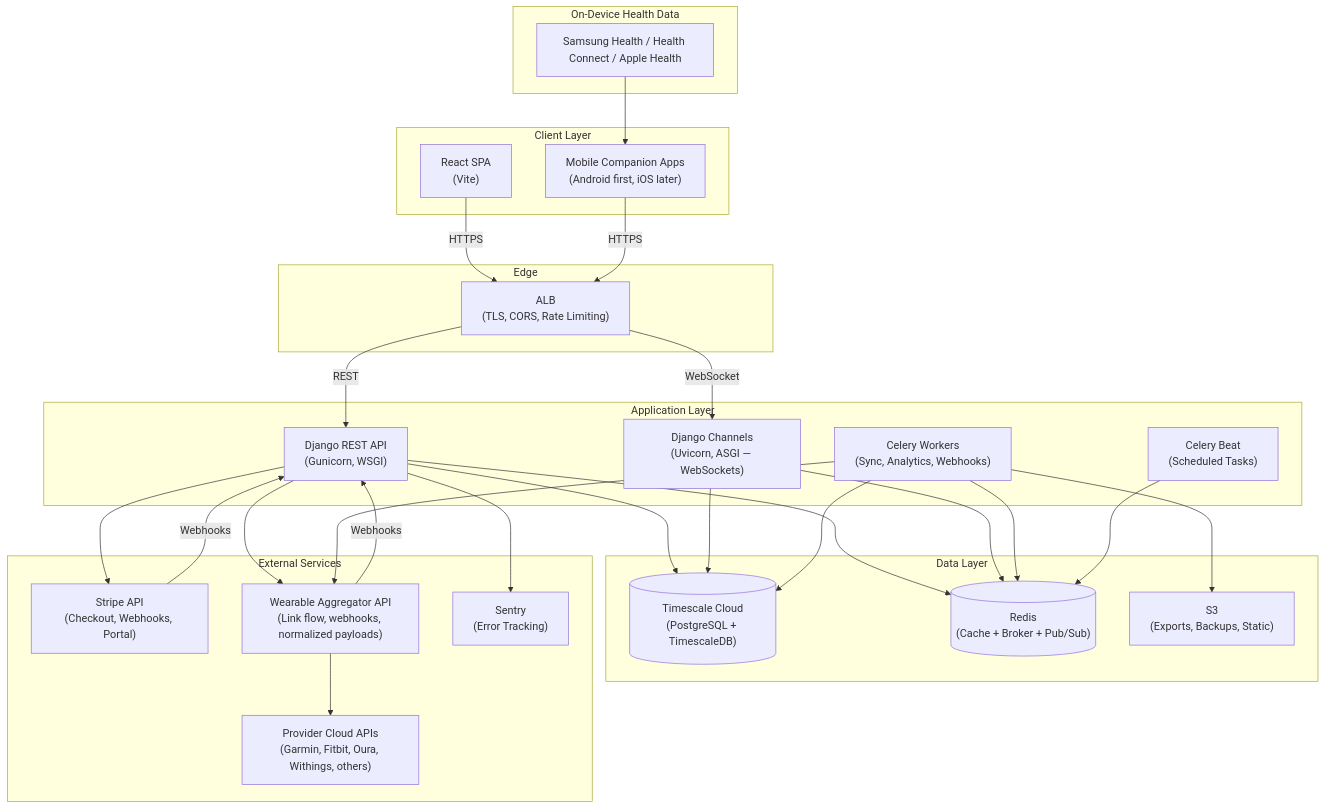
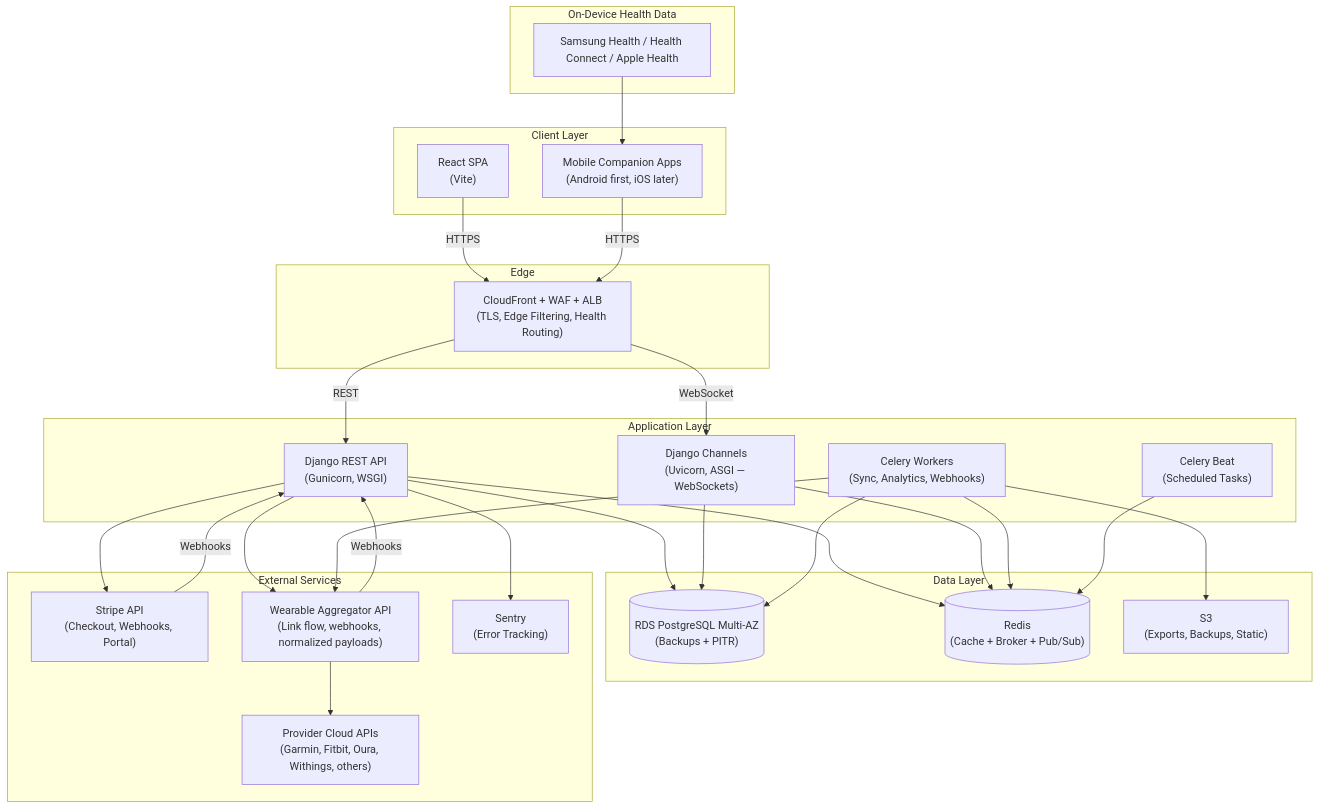
The diagram in reference_docs/knowledge/07-full-requirements-architecture.md (elvisrepo/long), drawn with Mermaid before and after one commit. The commit also changed other lines of this file and 13 other files, not shown here.

````diff
--- a/reference_docs/knowledge/07-full-requirements-architecture.md
+++ b/reference_docs/knowledge/07-full-requirements-architecture.md
@@ -11,62 +11,62 @@
 ```mermaid
 graph TB
     subgraph "Client Layer"
         WEB["React SPA<br/>(Vite)"]
         MOBILE["Mobile Companion Apps<br/>(Android first, iOS later)"]
     end
 
     subgraph "On-Device Health Data"
         STORES["Samsung Health / Health Connect / Apple Health"]
     end
 
     subgraph "Edge"
-        NGINX["ALB<br/>(TLS, CORS, Rate Limiting)"]
+        NGINX["CloudFront + WAF + ALB<br/>(TLS, Edge Filtering, Health Routing)"]
     end
 
     subgraph "Application Layer"
         DJANGO["Django REST API<br/>(Gunicorn, WSGI)"]
         CHANNELS["Django Channels<br/>(Uvicorn, ASGI — WebSockets)"]
         CELERY["Celery Workers<br/>(Sync, Analytics, Webhooks)"]
         BEAT["Celery Beat<br/>(Scheduled Tasks)"]
     end
 
     subgraph "Data Layer"
-        PG[("Timescale Cloud<br/>(PostgreSQL + TimescaleDB)")]
+        PG[("RDS PostgreSQL Multi-AZ<br/>(Backups + PITR)")]
         REDIS[("Redis<br/>(Cache + Broker + Pub/Sub)")]
         S3["S3<br/>(Exports, Backups, Static)"]
     end
 
     subgraph "External Services"
         STRIPE["Stripe API<br/>(Checkout, Webhooks, Portal)"]
         AGG["Wearable Aggregator API<br/>(Link flow, webhooks, normalized payloads)"]
         PROVIDERS["Provider Cloud APIs<br/>(Garmin, Fitbit, Oura, Withings, others)"]
         SENTRY_EXT["Sentry<br/>(Error Tracking)"]
     end
 
     WEB -- "HTTPS" --> NGINX
     MOBILE -- "HTTPS" --> NGINX
     STORES --> MOBILE
 
     NGINX -- "REST" --> DJANGO
     NGINX -- "WebSocket" --> CHANNELS
 
     DJANGO --> PG
     DJANGO --> REDIS
     DJANGO --> STRIPE
     DJANGO --> AGG
     DJANGO --> SENTRY_EXT
 
     CHANNELS --> REDIS
     CHANNELS --> PG
 
     CELERY --> PG
     CELERY --> REDIS
     CELERY --> AGG
     CELERY --> S3
 
     BEAT --> REDIS
 
     STRIPE -- "Webhooks" --> DJANGO
     AGG -- "Webhooks" --> DJANGO
     AGG --> PROVIDERS
 ```
````
